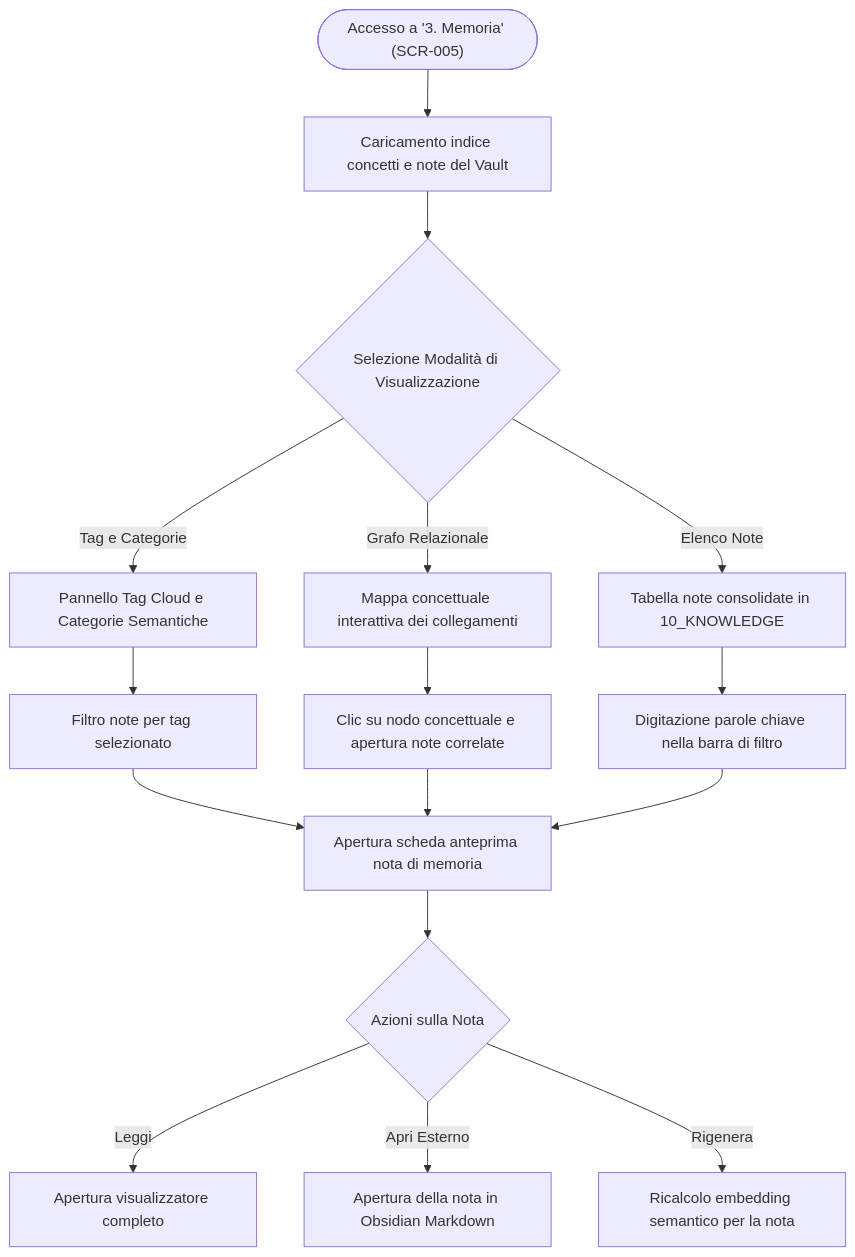
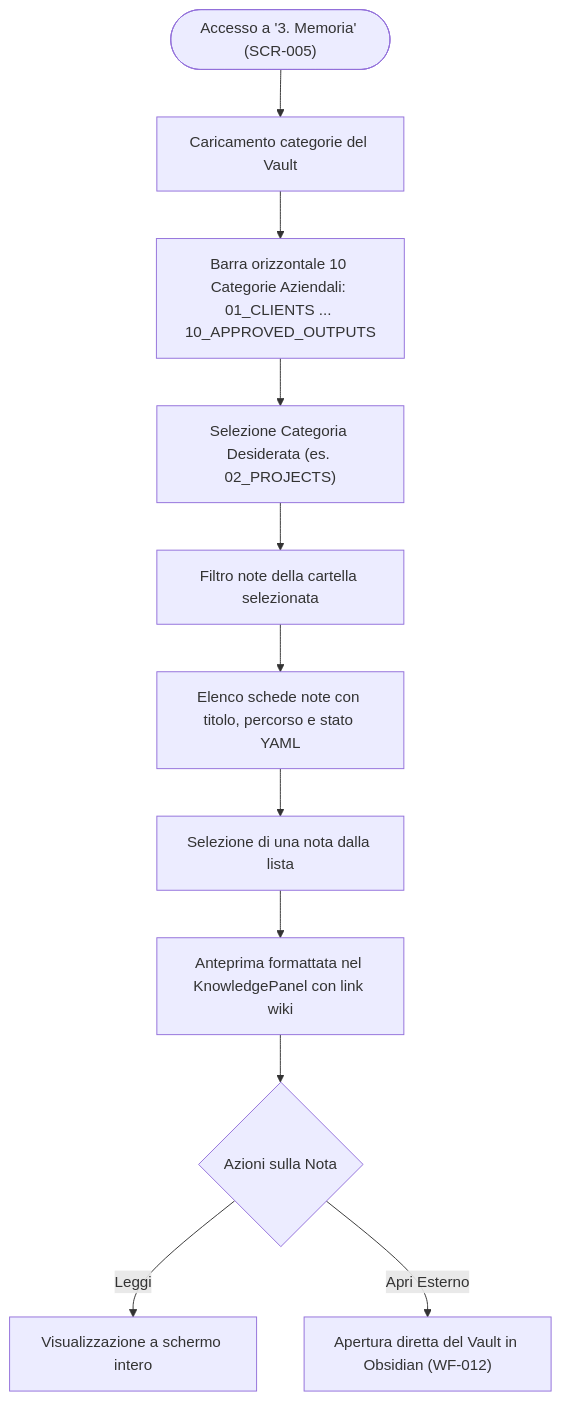
The seventh of 18 diagrams in DOCUMENTATION_SOURCE_PACKAGE/10_EXPORT/ALL_MERMAID_SOURCES.md (Arkai-Italia/Limen-vault), drawn with Mermaid before and after one commit. The commit also changed other lines of this file and 41 other files, not shown here.

````diff
--- a/DOCUMENTATION_SOURCE_PACKAGE/10_EXPORT/ALL_MERMAID_SOURCES.md
+++ b/DOCUMENTATION_SOURCE_PACKAGE/10_EXPORT/ALL_MERMAID_SOURCES.md
@@ -289,22 +293,16 @@
 ```mermaid
 graph TD
-    Trigger(["Accesso a '3. Memoria' (SCR-005)"]) --> LoadIndex["Caricamento indice concetti e note del Vault"]
-    LoadIndex --> ViewLayout{"Selezione Modalità di Visualizzazione"}
-    
-    ViewLayout -->|Tag e Categorie| TagView["Pannello Tag Cloud e Categorie Semantiche"]
-    ViewLayout -->|Grafo Relazionale| GraphView["Mappa concettuale interattiva dei collegamenti"]
-    ViewLayout -->|Elenco Note| ListView["Tabella note consolidate in 10_KNOWLEDGE"]
+    Trigger(["Accesso a '3. Memoria' (SCR-005)"]) --> LoadCategories["Caricamento categorie del Vault"]
+    LoadCategories --> PillBar["Barra orizzontale 10 Categorie Aziendali: 01_CLIENTS ... 10_APPROVED_OUTPUTS"]
 
-    TagView --> SelectTag["Filtro note per tag selezionato"]
-    GraphView --> ClickNode["Clic su nodo concettuale e apertura note correlate"]
-    ListView --> SearchNotes["Digitazione parole chiave nella barra di filtro"]
+    PillBar --> SelectCategory["Selezione Categoria Desiderata (es. 02_PROJECTS)"]
+    SelectCategory --> FilterNotes["Filtro note della cartella selezionata"]
+    FilterNotes --> ListCards["Elenco schede note con titolo, percorso e stato YAML"]
 
-    SelectTag --> DetailCard["Apertura scheda anteprima nota di memoria"]
-    ClickNode --> DetailCard
-    SearchNotes --> DetailCard
+    ListCards --> SelectNote["Selezione di una nota dalla lista"]
+    SelectNote --> KnowledgePreview["Anteprima formattata nel KnowledgePanel con link wiki"]
 
-    DetailCard --> NoteActions{"Azioni sulla Nota"}
-    NoteActions -->|Leggi| FullReader["Apertura visualizzatore completo"]
-    NoteActions -->|Apri Esterno| ObsidianLink["Apertura della nota in Obsidian Markdown"]
-    NoteActions -->|Rigenera| ReEmbed["Ricalcolo embedding semantico per la nota"]
+    KnowledgePreview --> NoteActions{"Azioni sulla Nota"}
+    NoteActions -->|Leggi| FullReader["Visualizzazione a schermo intero"]
+    NoteActions -->|Apri Esterno| ObsidianLink["Apertura diretta del Vault in Obsidian (WF-012)"]
 ```
````
